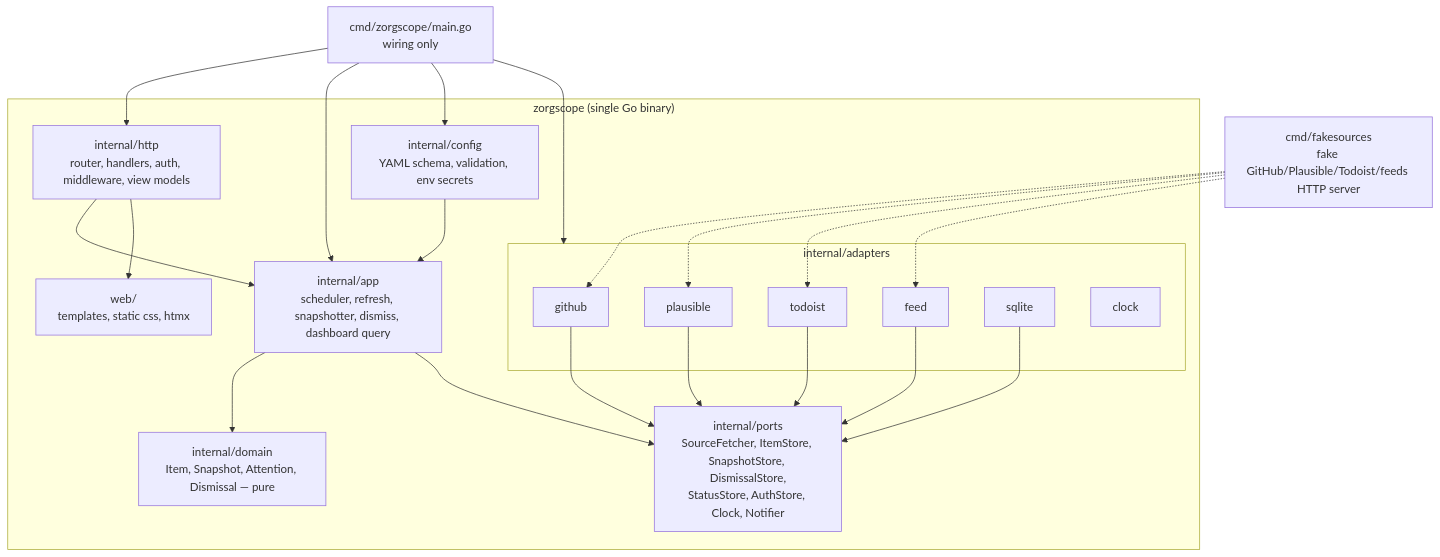
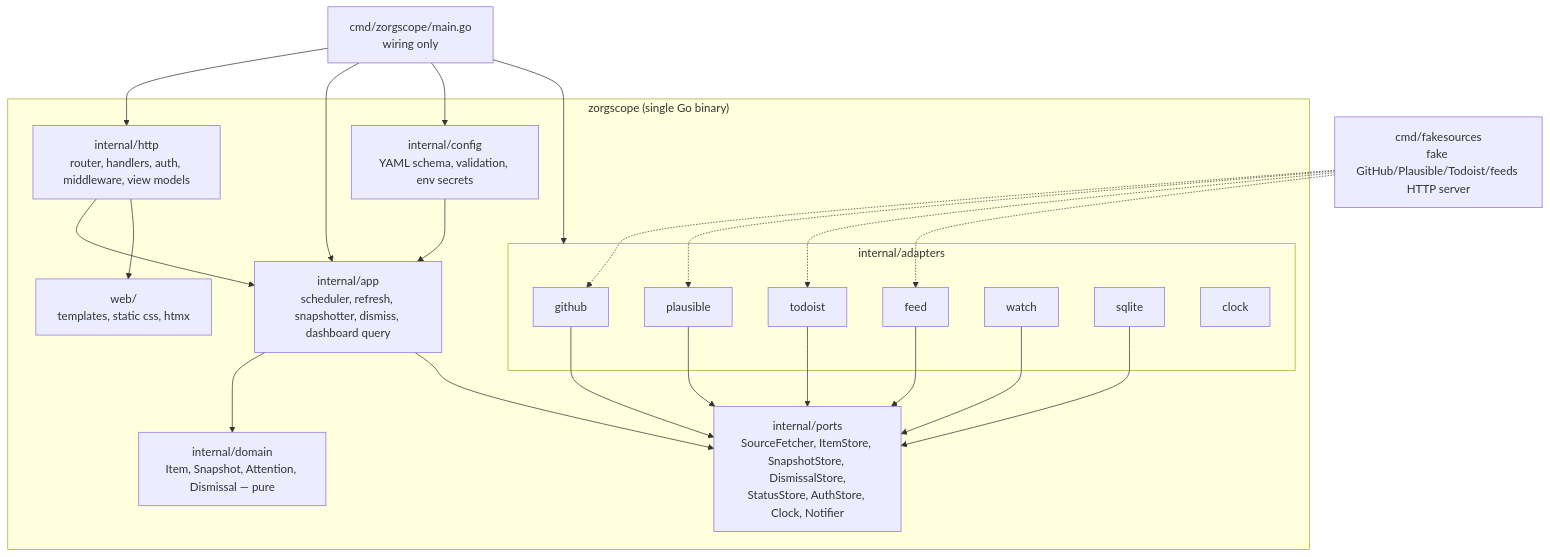
One commit to gernotstarke/zorgscope changed the diagram in docs/architecture/05-building-block-view.md. Above: the diagram before and after it, drawn with Mermaid. The commit also changed other lines of this file and 13 other files, not shown here.

````diff
--- a/docs/architecture/05-building-block-view.md
+++ b/docs/architecture/05-building-block-view.md
@@ -5,27 +5,28 @@
 ```mermaid
 flowchart TB
     subgraph zorgscope["zorgscope (single Go binary)"]
         HTTP[internal/http<br/>router, handlers, auth, middleware, view models]
         APP[internal/app<br/>scheduler, refresh, snapshotter, dismiss, dashboard query]
         DOM[internal/domain<br/>Item, Snapshot, Attention, Dismissal — pure]
         PORTS[internal/ports<br/>SourceFetcher, ItemStore, SnapshotStore, DismissalStore,<br/>StatusStore, AuthStore, Clock, Notifier]
         CFG[internal/config<br/>YAML schema, validation, env secrets]
         subgraph adapters["internal/adapters"]
             GH[github]
             PL[plausible]
             TD[todoist]
             FD[feed]
+            WT[watch]
             SQ[sqlite]
             CLK[clock]
         end
         WEB[web/<br/>templates, static css, htmx]
     end
     HTTP --> APP --> DOM
     APP --> PORTS
     HTTP --> WEB
-    GH & PL & TD & FD --> PORTS
+    GH & PL & TD & FD & WT --> PORTS
     SQ --> PORTS
     CFG --> APP
     MAIN[cmd/zorgscope/main.go<br/>wiring only] --> HTTP & APP & CFG & adapters
     FAKE[cmd/fakesources<br/>fake GitHub/Plausible/Todoist/feeds HTTP server] -.-> GH & PL & TD & FD
 ```
````
